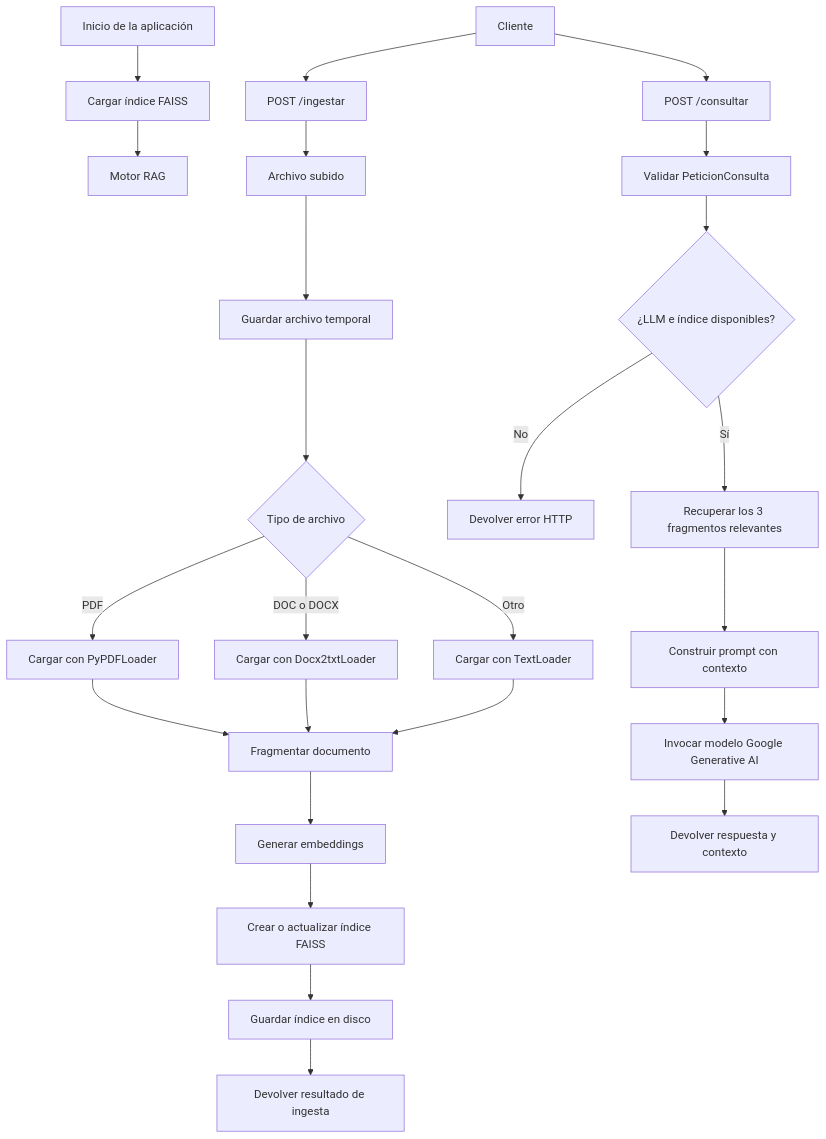
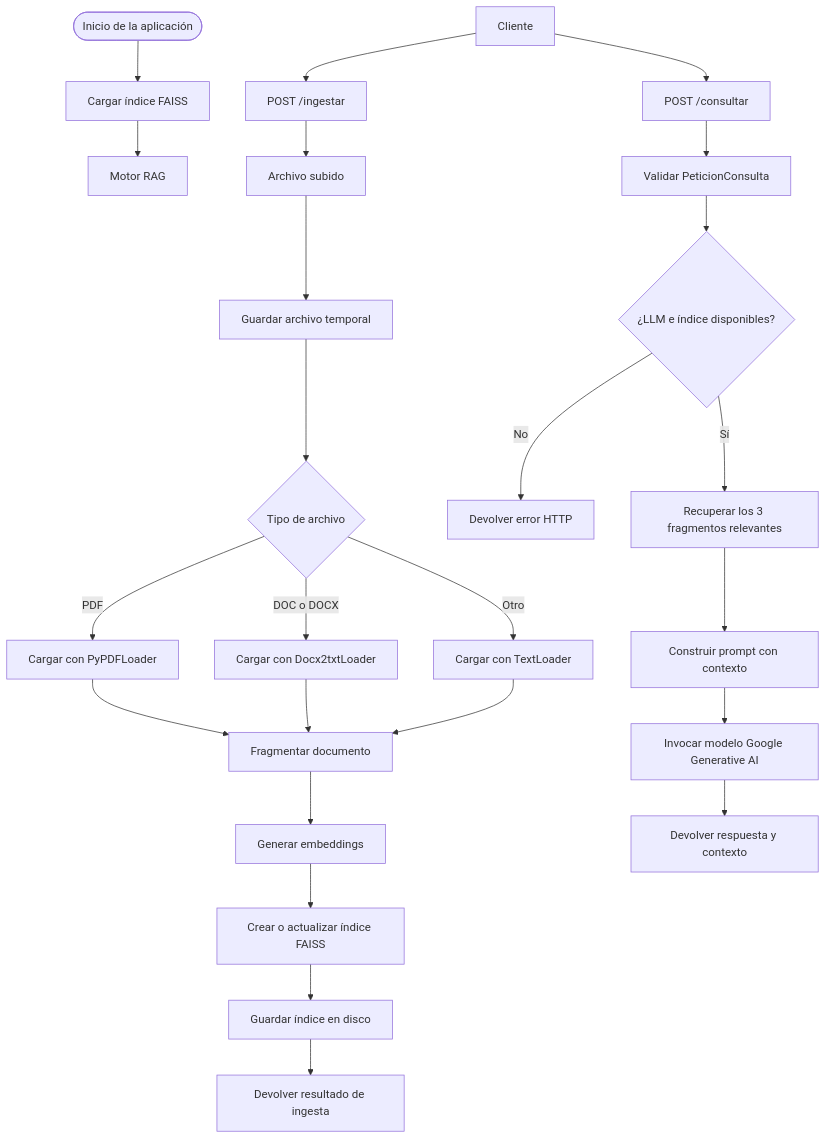
The diagram in flowchart/flowchart.mmd (RobbeAlex/DocuMind_AI), drawn with Mermaid before and after one commit.

Commit message:
Fix syntax for 'Inicio' node in flowchart

```diff
--- a/flowchart/flowchart.mmd
+++ b/flowchart/flowchart.mmd
@@ -1,33 +1,33 @@
 flowchart TD
     Cliente["Cliente"] --> Ingesta["POST /ingestar"]
     Cliente --> Consulta["POST /consultar"]
 
-    Inicio["Inicio de la aplicación"] --> Cargar["Cargar índice FAISS"]
+    Inicio(["Inicio de la aplicación"]) --> Cargar["Cargar índice FAISS"]
     Cargar --> Motor["Motor RAG"]
 
     Ingesta --> Archivo["Archivo subido"]
     Archivo --> Temporal["Guardar archivo temporal"]
     Temporal --> Tipo{"Tipo de archivo"}
 
     Tipo -->|PDF| PDF["Cargar con PyPDFLoader"]
     Tipo -->|DOC o DOCX| DOCX["Cargar con Docx2txtLoader"]
     Tipo -->|Otro| Texto["Cargar con TextLoader"]
 
     PDF --> Fragmentar["Fragmentar documento"]
     DOCX --> Fragmentar
     Texto --> Fragmentar
 
     Fragmentar --> Embeddings["Generar embeddings"]
     Embeddings --> Indice["Crear o actualizar índice FAISS"]
     Indice --> Guardar["Guardar índice en disco"]
     Guardar --> ResultadoIngesta["Devolver resultado de ingesta"]
 
     Consulta --> Peticion["Validar PeticionConsulta"]
     Peticion --> Verificar{"¿LLM e índice disponibles?"}
 
     Verificar -->|No| Error["Devolver error HTTP"]
     Verificar -->|Sí| Recuperar["Recuperar los 3 fragmentos relevantes"]
 
     Recuperar --> Prompt["Construir prompt con contexto"]
     Prompt --> LLM["Invocar modelo Google Generative AI"]
     LLM --> ResultadoConsulta["Devolver respuesta y contexto"]
```
